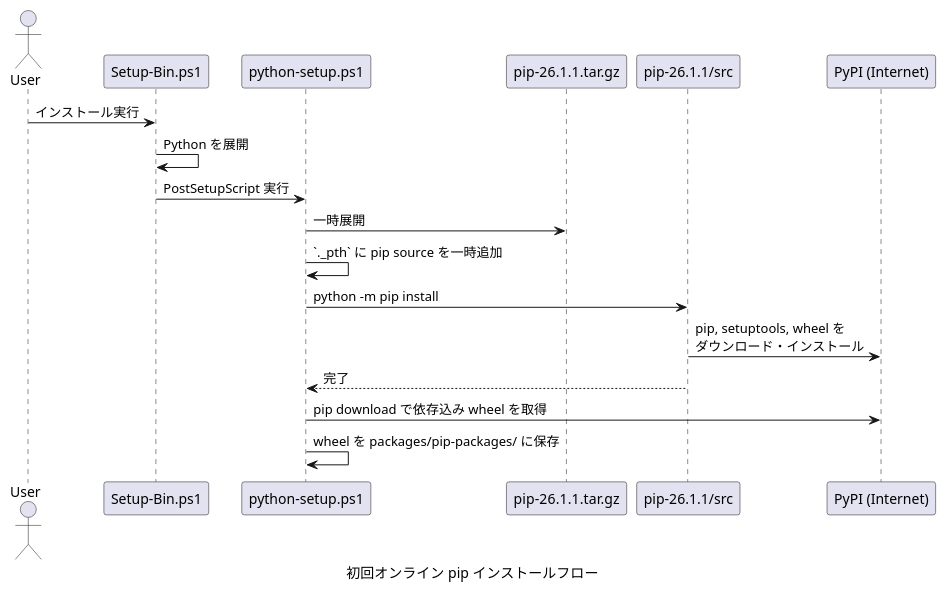
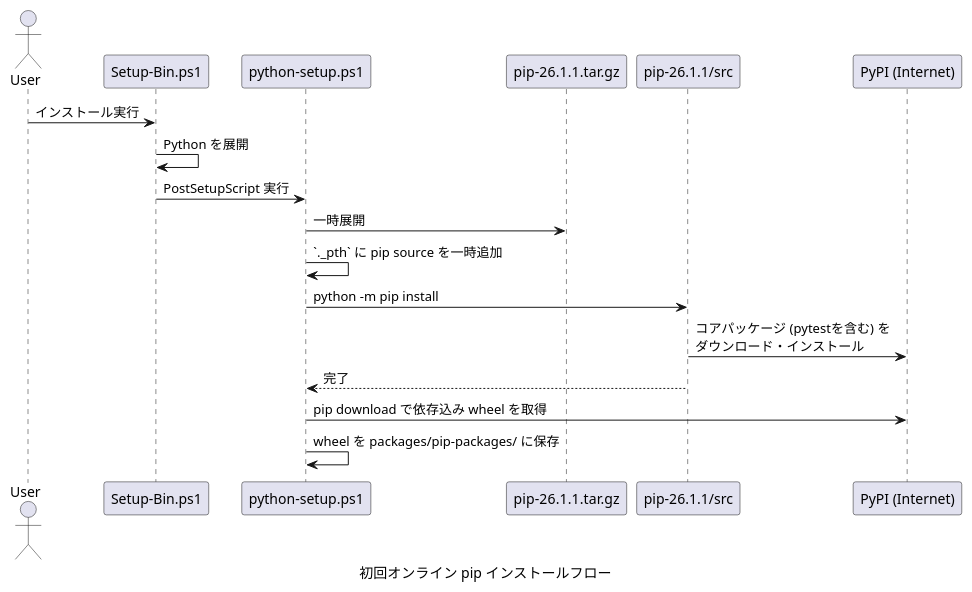
Before and after one commit to Hondarer/devbin-win: the fourth of 4 diagrams in docs/offline-pip-design.md, drawn with PlantUML. The commit also changed other lines of this file and 5 other files, not shown here.

````diff
--- a/docs/offline-pip-design.md
+++ b/docs/offline-pip-design.md
@@ -147,22 +148,22 @@
 ```plantuml
 @startuml 初回オンライン pip インストールフロー
 caption 初回オンライン pip インストールフロー
 actor User
 participant "Setup-Bin.ps1" as Setup
 participant "python-setup.ps1" as PySetup
 participant "pip-26.1.1.tar.gz" as PipSrc
 participant "pip-26.1.1/src" as PipModule
 participant "PyPI (Internet)" as PyPI
 
 User -> Setup: インストール実行
 Setup -> Setup: Python を展開
 Setup -> PySetup: PostSetupScript 実行
 PySetup -> PipSrc: 一時展開
 PySetup -> PySetup: `._pth` に pip source を一時追加
 PySetup -> PipModule: python -m pip install
-PipModule -> PyPI: pip, setuptools, wheel を\nダウンロード・インストール
+PipModule -> PyPI: コアパッケージ (pytestを含む) を\nダウンロード・インストール
 PipModule --> PySetup: 完了
 PySetup -> PyPI: pip download で依存込み wheel を取得
 PySetup -> PySetup: wheel を packages/pip-packages/ に保存
 @enduml
 ```
````
